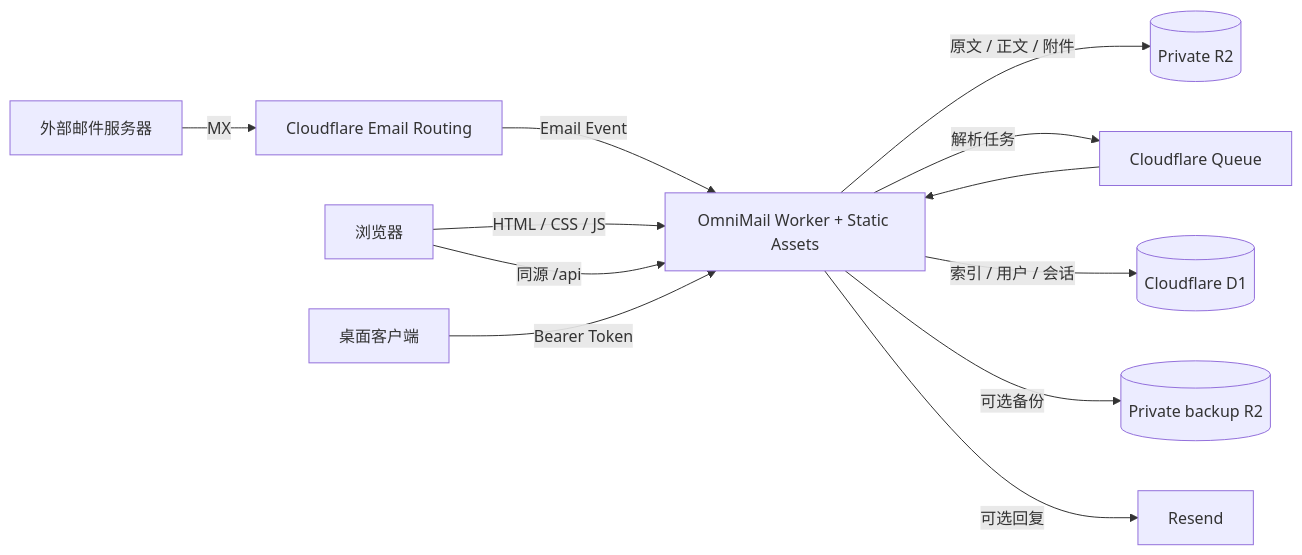
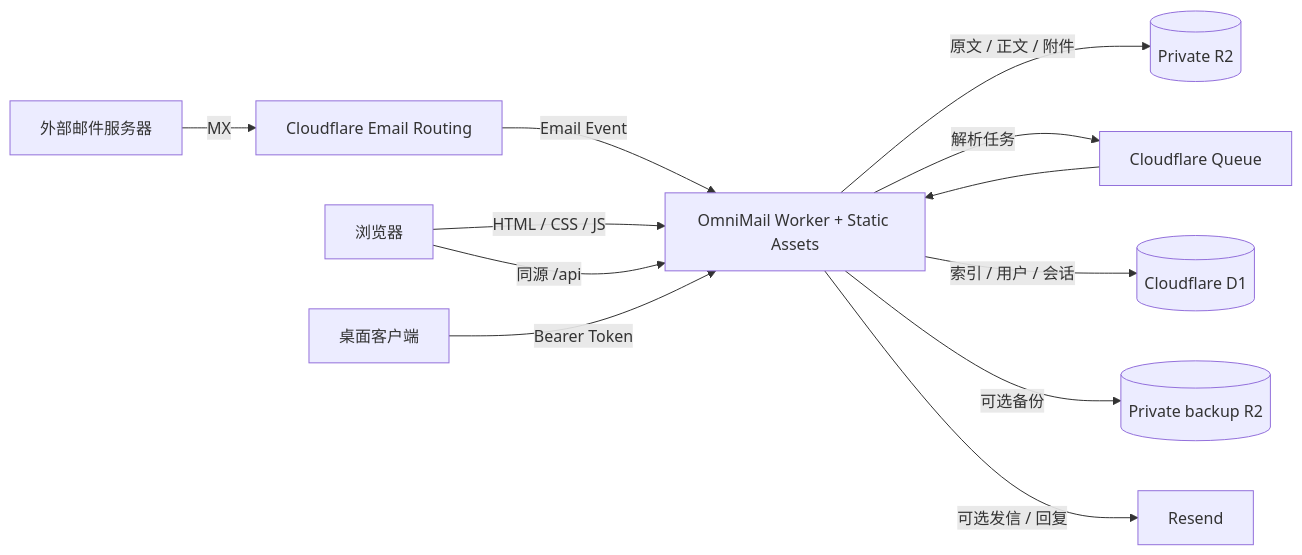
One commit to 7iook/OmniMail changed the diagram in README.md. Above: the diagram before and after it, drawn with Mermaid. The commit also changed other lines of this file and 49 other files, not shown here.

````diff
--- a/README.md
+++ b/README.md
@@ -101,15 +101,15 @@
 ```mermaid
 flowchart LR
     Sender[外部邮件服务器] -->|MX| Routing[Cloudflare Email Routing]
     Routing -->|Email Event| Worker[OmniMail Worker + Static Assets]
     Worker -->|原文 / 正文 / 附件| R2[(Private R2)]
     Worker -->|解析任务| Queue[Cloudflare Queue]
     Queue --> Worker
     Worker -->|索引 / 用户 / 会话| D1[(Cloudflare D1)]
     Worker -->|可选备份| Backup[(Private backup R2)]
-    Worker -->|可选回复| Resend[Resend]
+    Worker -->|可选发信 / 回复| Resend[Resend]
 
     Browser[浏览器] -->|HTML / CSS / JS| Worker
     Browser -->|同源 /api| Worker
     Desktop[桌面客户端] -->|Bearer Token| Worker
 ```
````
